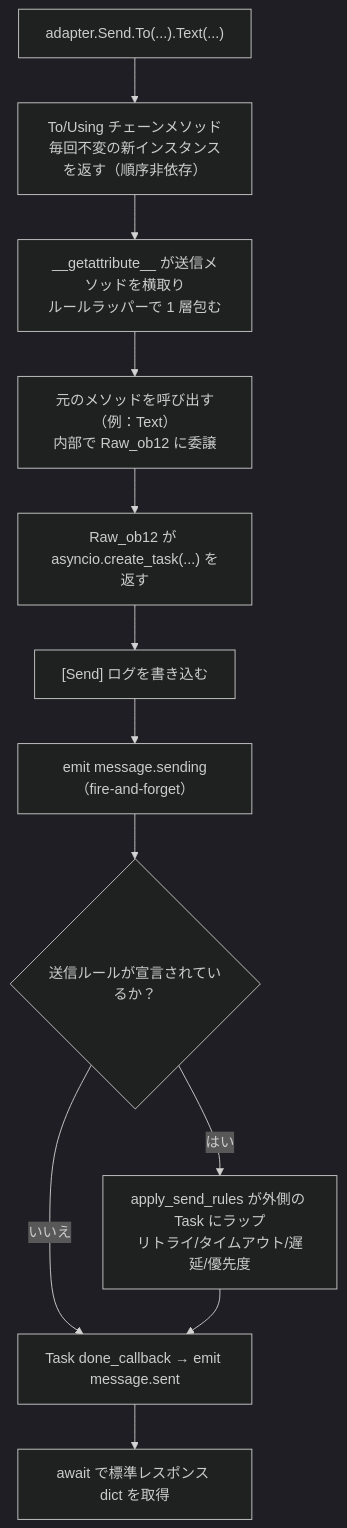
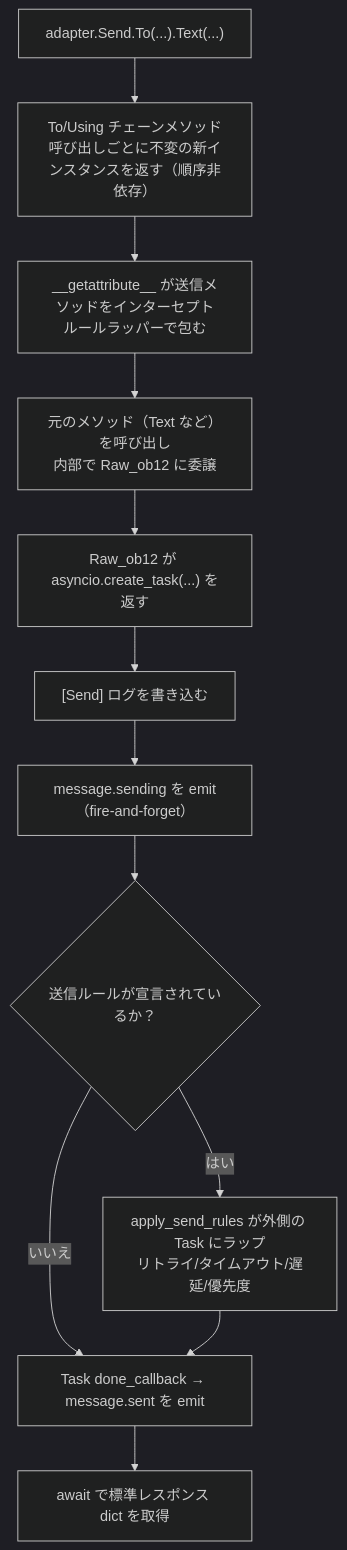
One commit to ErisPulse/ErisPulse changed the second of 2 diagrams in docs/ja/developer-guide/adapters/send-dsl.md. Above: the diagram before and after it, drawn with Mermaid (dark theme). The commit also changed other lines of this file and 331 other files, not shown here.

````diff
--- a/docs/ja/developer-guide/adapters/send-dsl.md
+++ b/docs/ja/developer-guide/adapters/send-dsl.md
@@ -581,14 +581,14 @@
 ```mermaid
 flowchart TD
-    A["adapter.Send.To(...).Text(...)"] --> B["To/Using チェーンメソッド<br/>毎回不変の新インスタンスを返す（順序非依存）"]
-    B --> C["__getattribute__ が送信メソッドを横取り<br/>ルールラッパーで 1 層包む"]
-    C --> D["元のメソッドを呼び出す（例：Text）<br/>内部で Raw_ob12 に委譲"]
+    A["adapter.Send.To(...).Text(...)"] --> B["To/Using チェーンメソッド<br/>呼び出しごとに不変の新インスタンスを返す（順序非依存）"]
+    B --> C["__getattribute__ が送信メソッドをインターセプト<br/>ルールラッパーで包む"]
+    C --> D["元のメソッド（Text など）を呼び出し<br/>内部で Raw_ob12 に委譲"]
     D --> E["Raw_ob12 が asyncio.create_task(...) を返す"]
     E --> F["[Send] ログを書き込む"]
-    F --> G["emit message.sending（fire-and-forget）"]
+    F --> G["message.sending を emit（fire-and-forget）"]
     G --> H{"送信ルールが宣言されているか？"}
-    H -->|"いいえ"| I["Task done_callback → emit message.sent"]
+    H -->|"いいえ"| I["Task done_callback → message.sent を emit"]
     H -->|"はい"| J["apply_send_rules が外側の Task にラップ<br/>リトライ/タイムアウト/遅延/優先度"]
     J --> I
     I --> K["await で標準レスポンス dict を取得"]
 ```
````
